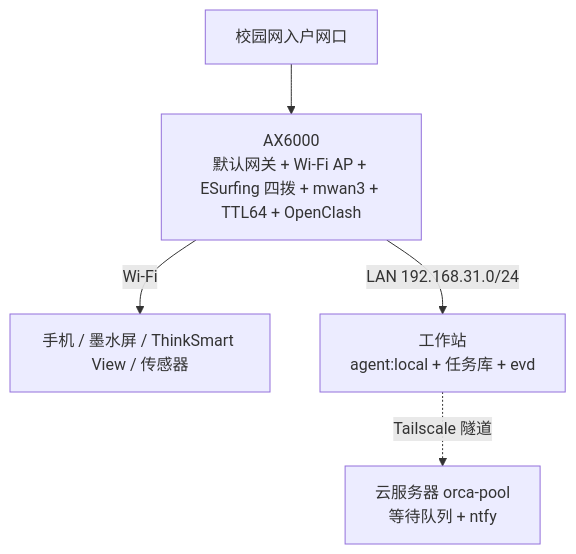
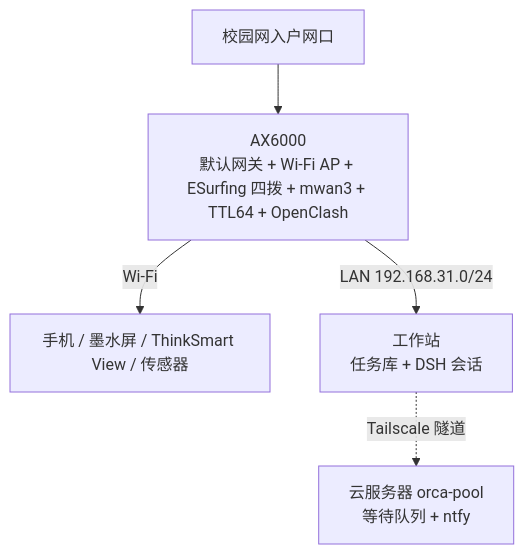
Before and after one commit to ShizkMoon/ai-collab-assistant: the diagram in docs/ax6000-router.md, drawn with Mermaid. The commit also changed other lines of this file and 47 other files, not shown here.

````diff
--- a/docs/ax6000-router.md
+++ b/docs/ax6000-router.md
@@ -42,7 +42,7 @@
 ```mermaid
 flowchart TD
   NET["校园网入户网口"] --> RT["AX6000<br/>默认网关 + Wi-Fi AP + ESurfing 四拨 + mwan3 + TTL64 + OpenClash"]
   RT -->|Wi-Fi| DEV["手机 / 墨水屏 / ThinkSmart View / 传感器"]
-  RT -->|LAN 192.168.31.0/24| WS["工作站<br/>agent:local + 任务库 + evd"]
+  RT -->|LAN 192.168.31.0/24| WS["工作站<br/>任务库 + DSH 会话"]
   WS -.->|Tailscale 隧道| CLOUD["云服务器 orca-pool<br/>等待队列 + ntfy"]
 ```
````
